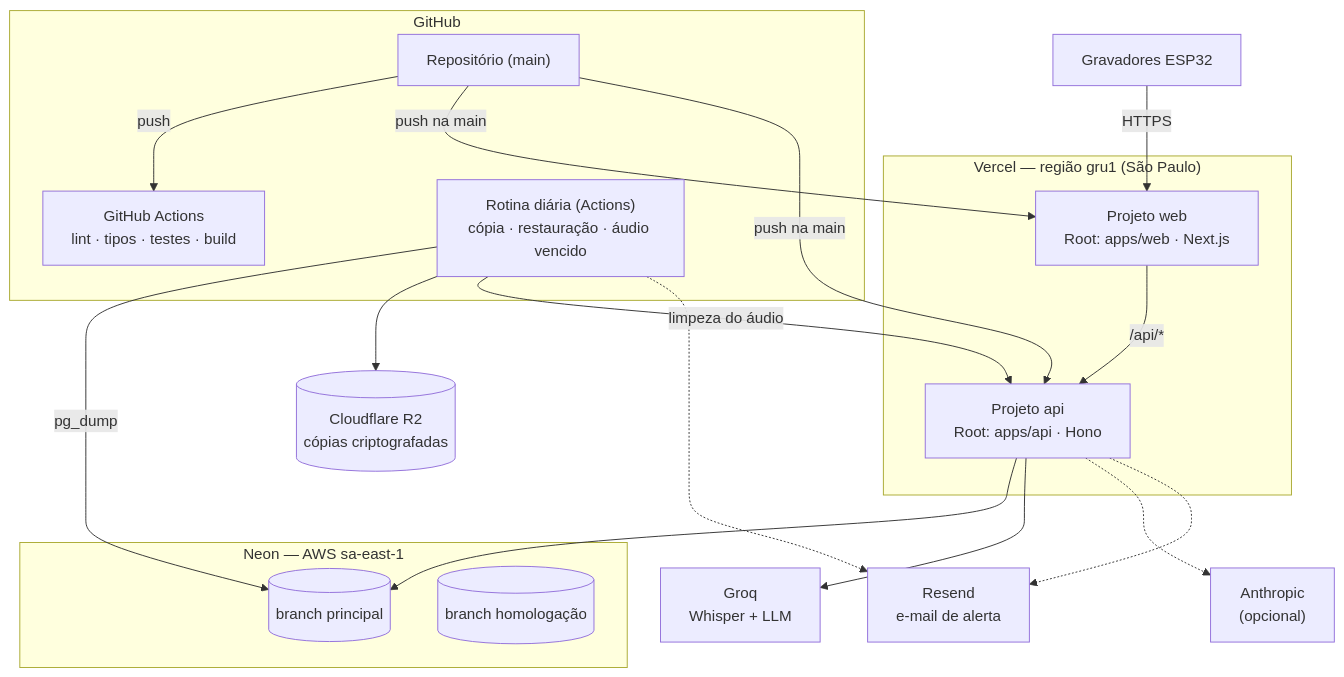
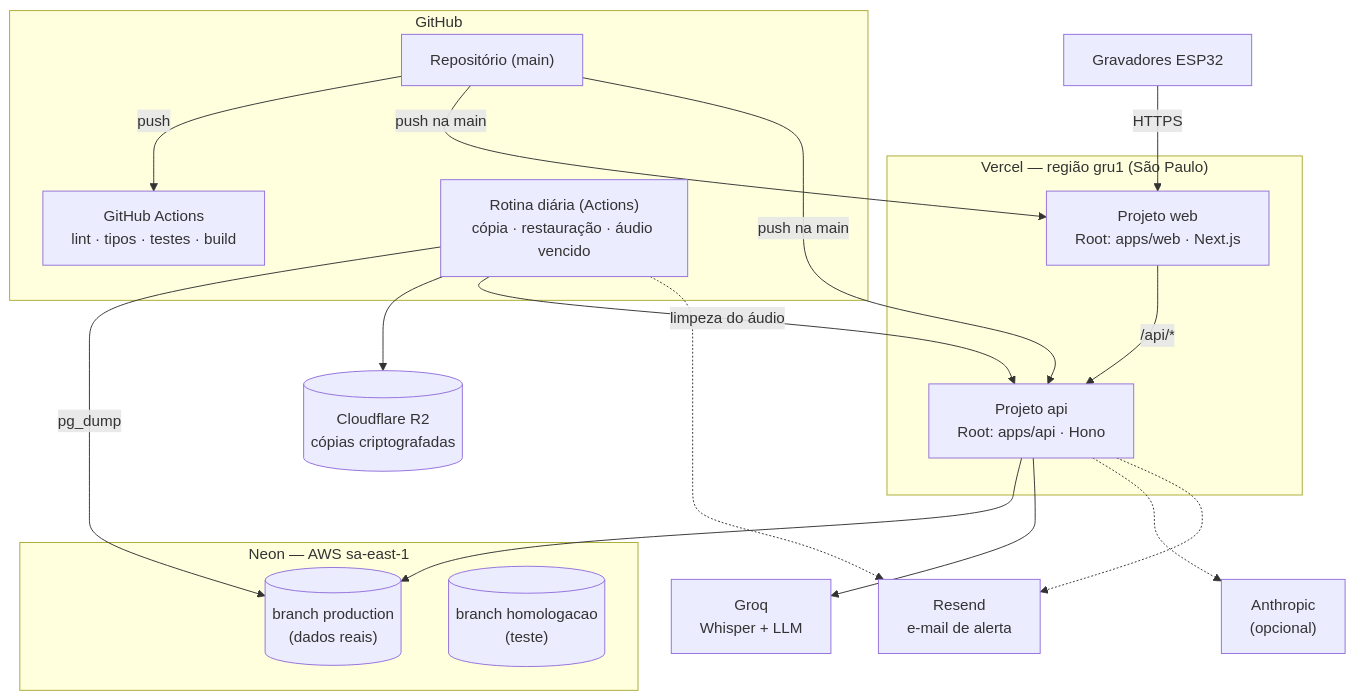
One commit to Arthur-dezingrini/noteless changed the diagram in docs/infraestrutura.md. Above: the diagram before and after it, drawn with Mermaid. The commit also changed other lines of this file and 4 other files, not shown here.

First line of the commit message:
docs: homologação com branch, banco e endereço próprios

````diff
--- a/docs/infraestrutura.md
+++ b/docs/infraestrutura.md
@@ -5,35 +5,35 @@
 ```mermaid
 flowchart TB
     subgraph GitHub
         R["Repositório (main)"]
         CI["GitHub Actions<br/>lint · tipos · testes · build"]
         ROT["Rotina diária (Actions)<br/>cópia · restauração · áudio vencido"]
     end
     subgraph Vercel["Vercel — região gru1 (São Paulo)"]
         WEB["Projeto web<br/>Root: apps/web · Next.js"]
         API["Projeto api<br/>Root: apps/api · Hono"]
     end
     subgraph Neon["Neon — AWS sa-east-1"]
-        P[("branch principal")]
-        H[("branch homologação")]
+        P[("branch production<br/>(dados reais)")]
+        H[("branch homologacao<br/>(teste)")]
     end
     GROQ["Groq<br/>Whisper + LLM"]
     ANT["Anthropic<br/>(opcional)"]
     ESP["Gravadores ESP32"]
     R2[("Cloudflare R2<br/>cópias criptografadas")]
     RES["Resend<br/>e-mail de alerta"]
 
     R -- push --> CI
     R -- push na main --> WEB
     R -- push na main --> API
     WEB -- "/api/*" --> API
     API --> P
     API --> GROQ
     API -.-> ANT
     ESP -- HTTPS --> WEB
     ROT -- pg_dump --> P
     ROT --> R2
     ROT -- "limpeza do áudio" --> API
     API -.-> RES
     ROT -.-> RES
 ```
````
